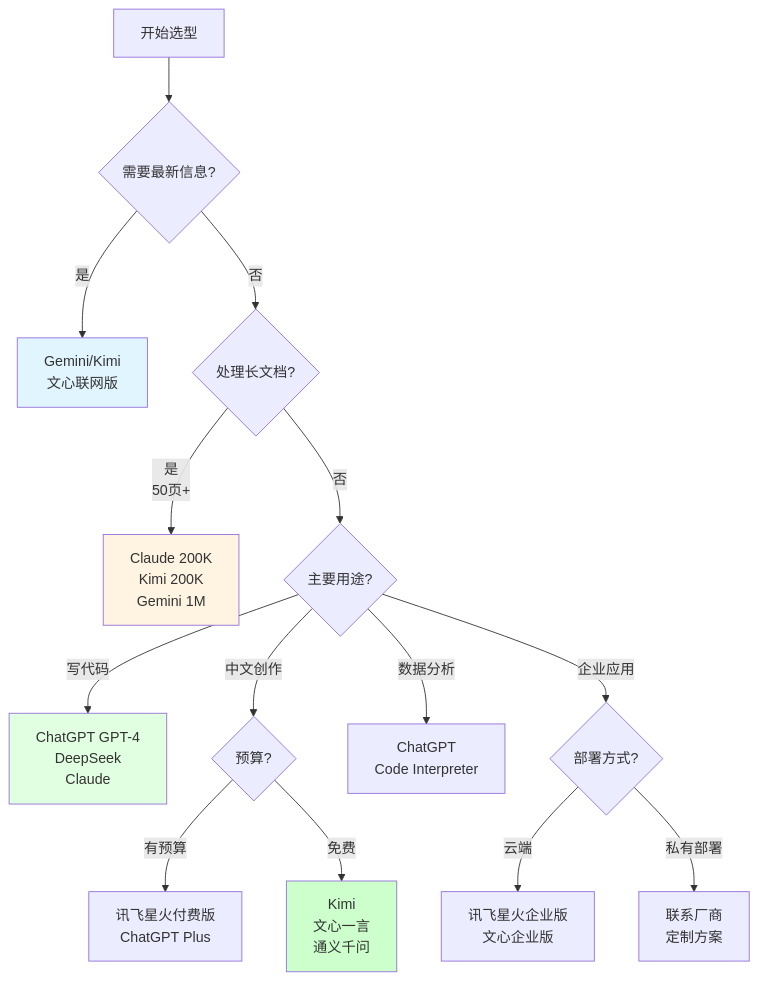
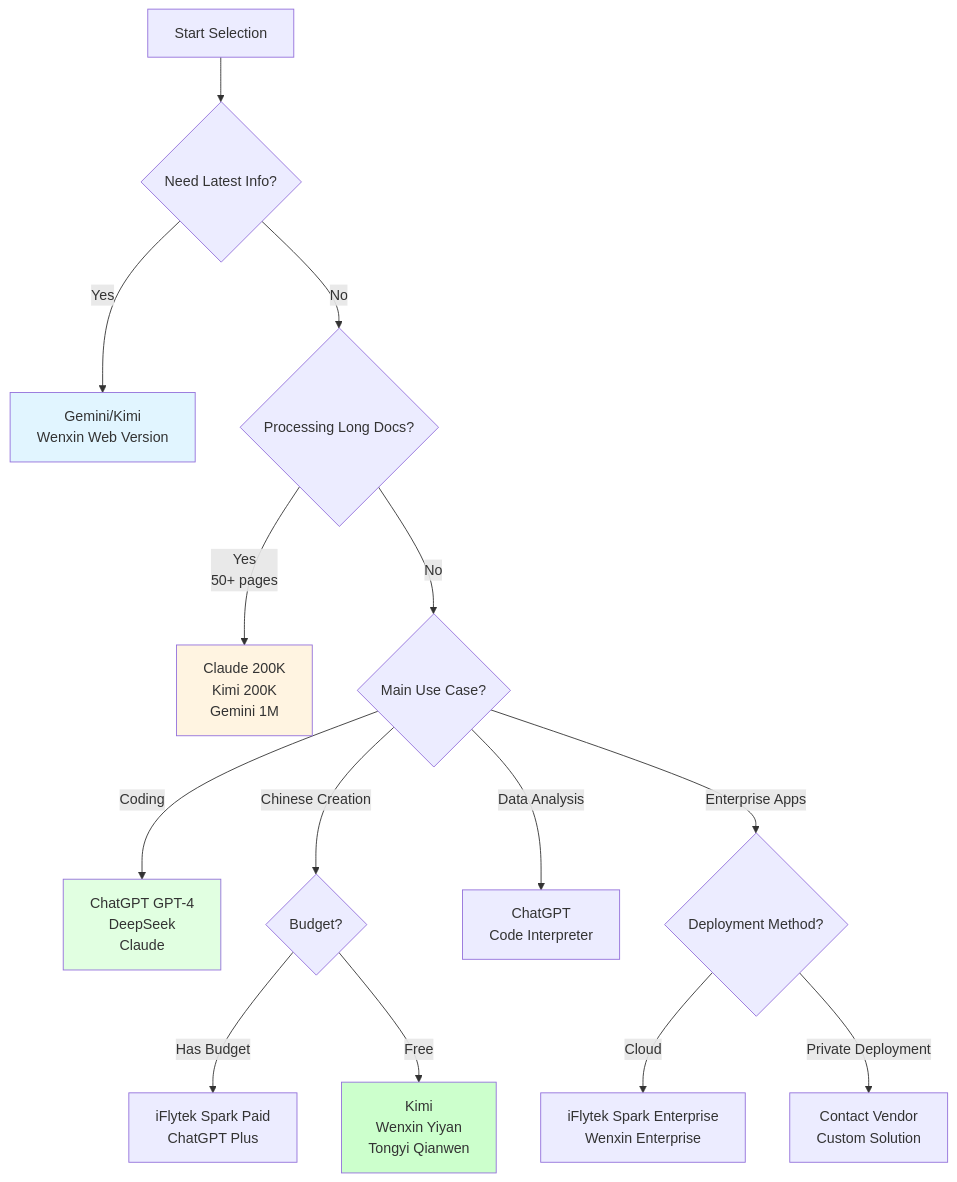
The sixth of 7 diagrams in docs/lessons/lesson-0.md (tianhongTina/ai-literacy-bootcamp), drawn with Mermaid before and after one commit. The commit also changed other lines of this file and 18 other files, not shown here.

````diff
--- a/docs/lessons/lesson-0.md
+++ b/docs/lessons/lesson-0.md
@@ -984,25 +991,25 @@
 ```mermaid
 graph TD
-    A[开始选型] --> B{需要最新信息?}
-    B -->|是| C[Gemini/Kimi<br/>文心联网版]
-    B -->|否| D{处理长文档?}
-    
-    D -->|是<br/>50页+| E[Claude 200K<br/>Kimi 200K<br/>Gemini 1M]
-    D -->|否| F{主要用途?}
-    
-    F -->|写代码| G[ChatGPT GPT-4<br/>DeepSeek<br/>Claude]
-    F -->|中文创作| H{预算?}
-    F -->|数据分析| I[ChatGPT<br/>Code Interpreter]
-    
-    H -->|有预算| J[讯飞星火付费版<br/>ChatGPT Plus]
-    H -->|免费| K[Kimi<br/>文心一言<br/>通义千问]
-    
-    F -->|企业应用| L{部署方式?}
-    L -->|云端| M[讯飞星火企业版<br/>文心企业版]
-    L -->|私有部署| N[联系厂商<br/>定制方案]
-    
+    A[Start Selection] --> B{Need Latest Info?}
+    B -->|Yes| C[Gemini/Kimi<br/>Wenxin Web Version]
+    B -->|No| D{Processing Long Docs?}
+
+    D -->|Yes<br/>50+ pages| E[Claude 200K<br/>Kimi 200K<br/>Gemini 1M]
+    D -->|No| F{Main Use Case?}
+
+    F -->|Coding| G[ChatGPT GPT-4<br/>DeepSeek<br/>Claude]
+    F -->|Chinese Creation| H{Budget?}
+    F -->|Data Analysis| I[ChatGPT<br/>Code Interpreter]
+
+    H -->|Has Budget| J[iFlytek Spark Paid<br/>ChatGPT Plus]
+    H -->|Free| K[Kimi<br/>Wenxin Yiyan<br/>Tongyi Qianwen]
+
+    F -->|Enterprise Apps| L{Deployment Method?}
+    L -->|Cloud| M[iFlytek Spark Enterprise<br/>Wenxin Enterprise]
+    L -->|Private Deployment| N[Contact Vendor<br/>Custom Solution]
+
     style C fill:#e1f5ff
     style E fill:#fff4e1
     style G fill:#e1ffe1
     style K fill:#ccffcc
 ```
````
